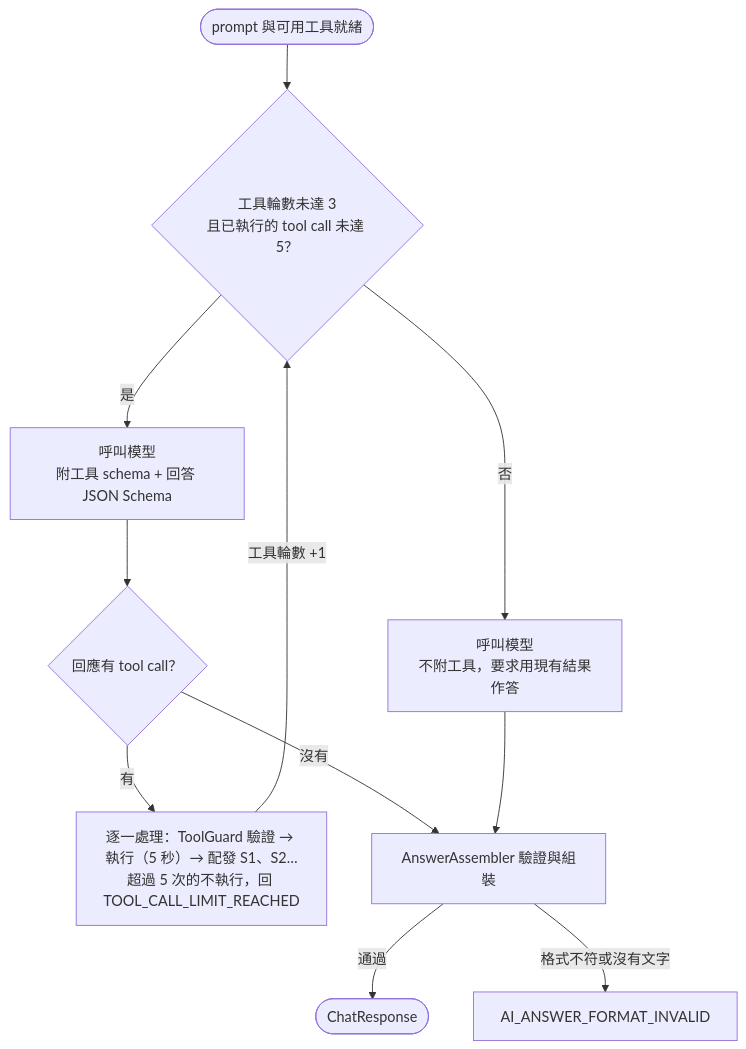
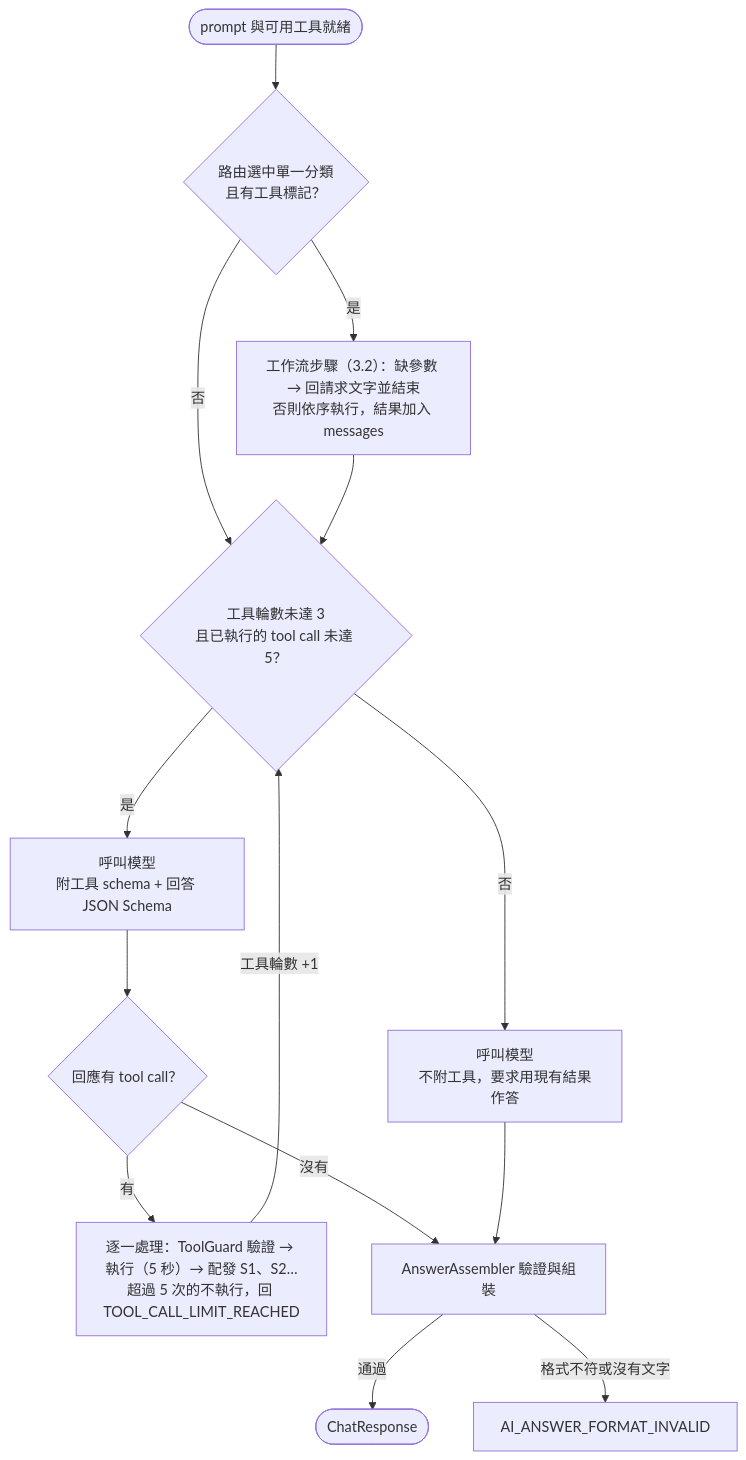
The sixth of 11 diagrams in docs/spec/01-architecture.md (Rue1216/assistant-poc), drawn with Mermaid before and after one commit. The commit also changed other lines of this file and 23 other files, not shown here.

First line of the commit message:
feat(prompt-admin): add the tool picker and sync the specs

````diff
--- a/docs/spec/01-architecture.md
+++ b/docs/spec/01-architecture.md
@@ -241,13 +245,16 @@
 ```mermaid
 flowchart TD
-  S(["prompt 與可用工具就緒"]) --> C{"工具輪數未達 3<br/>且已執行的 tool call 未達 5？"}
+  S(["prompt 與可用工具就緒"]) --> W{"路由選中單一分類<br/>且有工具標記？"}
+  W -->|是| WR["工作流步驟（3.2）：缺參數 → 回請求文字並結束<br/>否則依序執行，結果加入 messages"]
+  W -->|否| C
+  WR --> C{"工具輪數未達 3<br/>且已執行的 tool call 未達 5？"}
   C -->|是| M1["呼叫模型<br/>附工具 schema + 回答 JSON Schema"]
   C -->|否| M2["呼叫模型<br/>不附工具，要求用現有結果作答"]
   M1 --> R{"回應有 tool call？"}
   R -->|有| T["逐一處理：ToolGuard 驗證 → 執行（5 秒）→ 配發 S1、S2…<br/>超過 5 次的不執行，回 TOOL_CALL_LIMIT_REACHED"]
   T -->|工具輪數 +1| C
   R -->|沒有| A[AnswerAssembler 驗證與組裝]
   M2 --> A
   A -->|通過| OK([ChatResponse])
   A -->|格式不符或沒有文字| E[AI_ANSWER_FORMAT_INVALID]
 ```
````
